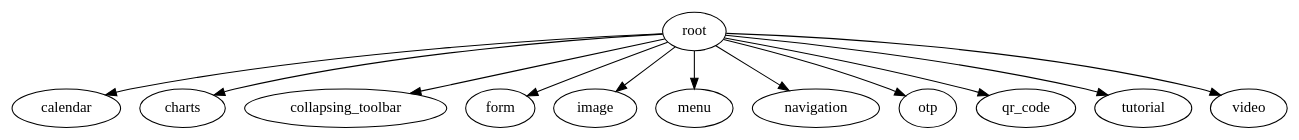
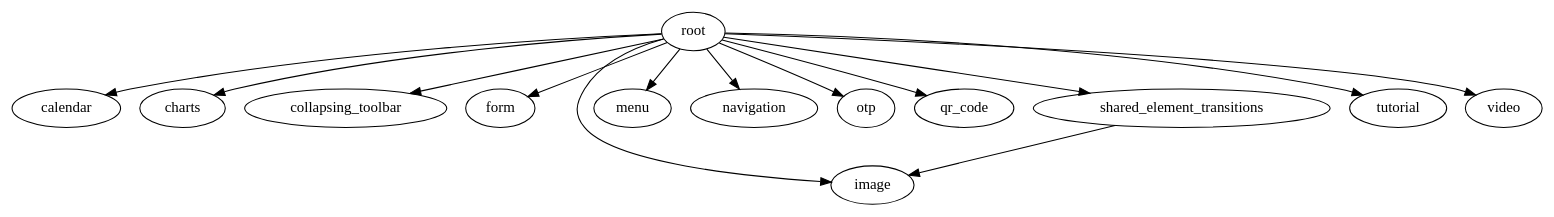
Before and after one commit to VitalyPerm/MobileUp-Android-Samples: the diagram in features/module_graph/modules.dot, drawn with Graphviz. The commit also changed 6 other files, not shown here.

```diff
--- a/features/module_graph/modules.dot
+++ b/features/module_graph/modules.dot
@@ -1,25 +1,28 @@
 digraph {
 calendar
 charts
 collapsing_toolbar
 form
 image
 menu
 navigation
 otp
 qr_code
 root
+shared_element_transitions
 tutorial
 video
 root -> calendar
 root -> charts
 root -> collapsing_toolbar
 root -> form
 root -> image
 root -> menu
 root -> navigation
 root -> otp
 root -> qr_code
+root -> shared_element_transitions
 root -> tutorial
 root -> video
+shared_element_transitions -> image
 }
```
